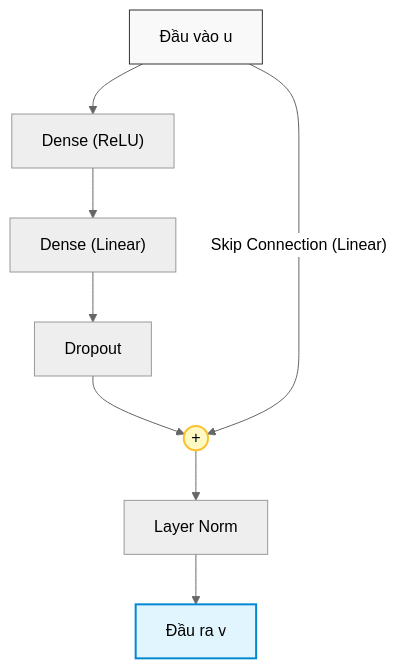
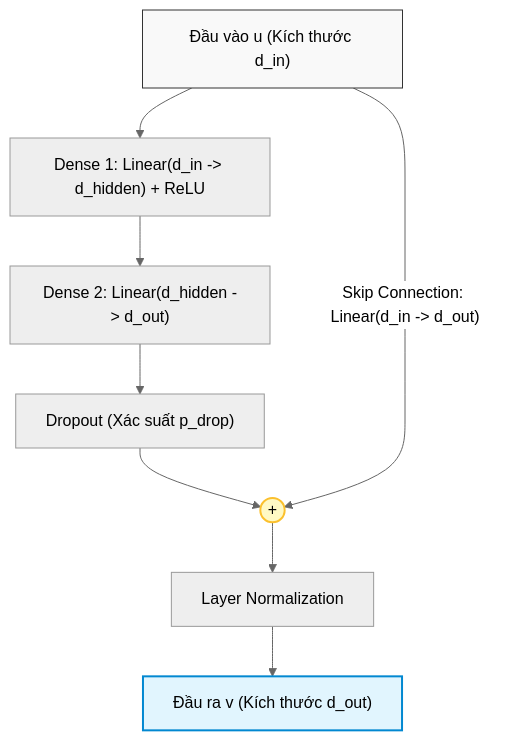
One commit to snowflake-vibing/Project-Experimental-TiDE changed the second of 2 diagrams in tasks-Hieu/sprint-1/01_architecture_diagram.md. Above: the diagram before and after it, drawn with Mermaid (neutral theme). The commit also changed other lines of this file and 1 other file, not shown here.

Commit message:
refactor(sprint-1): cleanly segregate static architecture (__init__) from dynamic forward pass execution (forward)

````diff
--- a/tasks-Hieu/sprint-1/01_architecture_diagram.md
+++ b/tasks-Hieu/sprint-1/01_architecture_diagram.md
@@ -29,14 +96,15 @@
 ```mermaid
 graph TD
-    In["Đầu vào u"] --> Dense1["Dense (ReLU)"]
-    Dense1 --> Dense2["Dense (Linear)"]
-    Dense2 --> Drop["Dropout"]
+    In["Đầu vào u (Kích thước d_in)"] --> Dense1["Dense 1: Linear(d_in -> d_hidden) + ReLU"]
+    Dense1 --> Dense2["Dense 2: Linear(d_hidden -> d_out)"]
+    Dense2 --> Drop["Dropout (Xác suất p_drop)"]
     Drop --> Add((+))
-    In -->|"Skip Connection (Linear)"| Add
-    Add --> LN["Layer Norm"]
-    LN --> Out["Đầu ra v"]
+    
+    In -->|"Skip Connection: Linear(d_in -> d_out)"| Add
+    Add --> LN["Layer Normalization"]
+    LN --> Out["Đầu ra v (Kích thước d_out)"]
 
     style In fill:#f9f9f9,stroke:#333,stroke-width:1px
     style Out fill:#e1f5fe,stroke:#0288d1,stroke-width:2px
     style Add fill:#fff9c4,stroke:#fbc02d,stroke-width:2px
 ```
````
